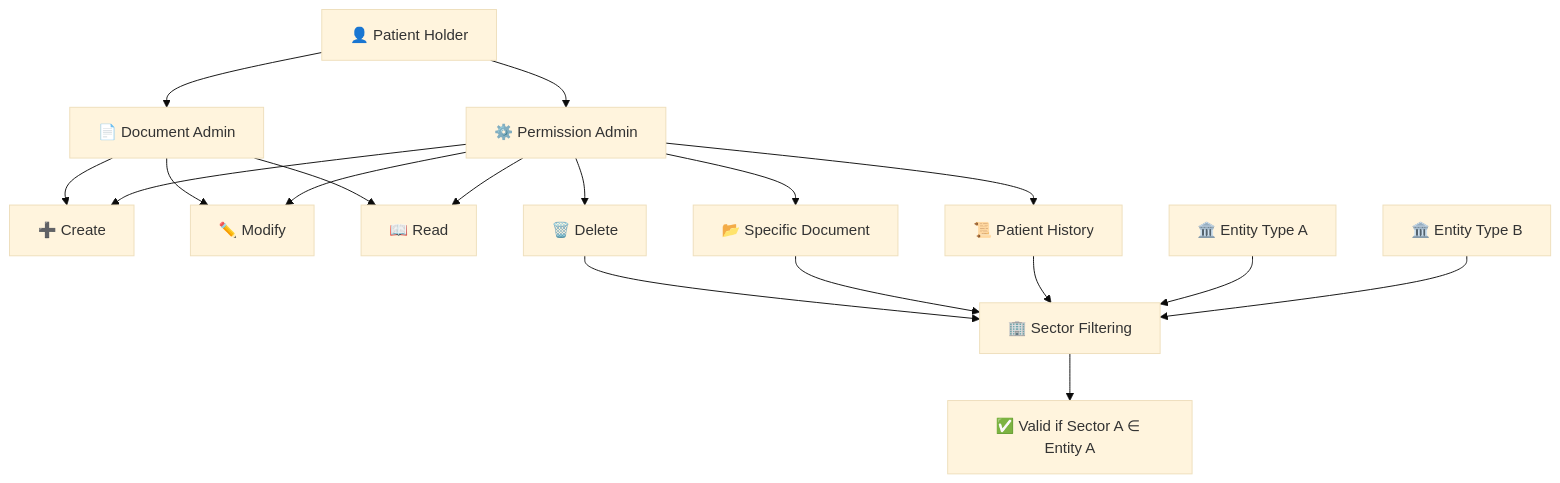
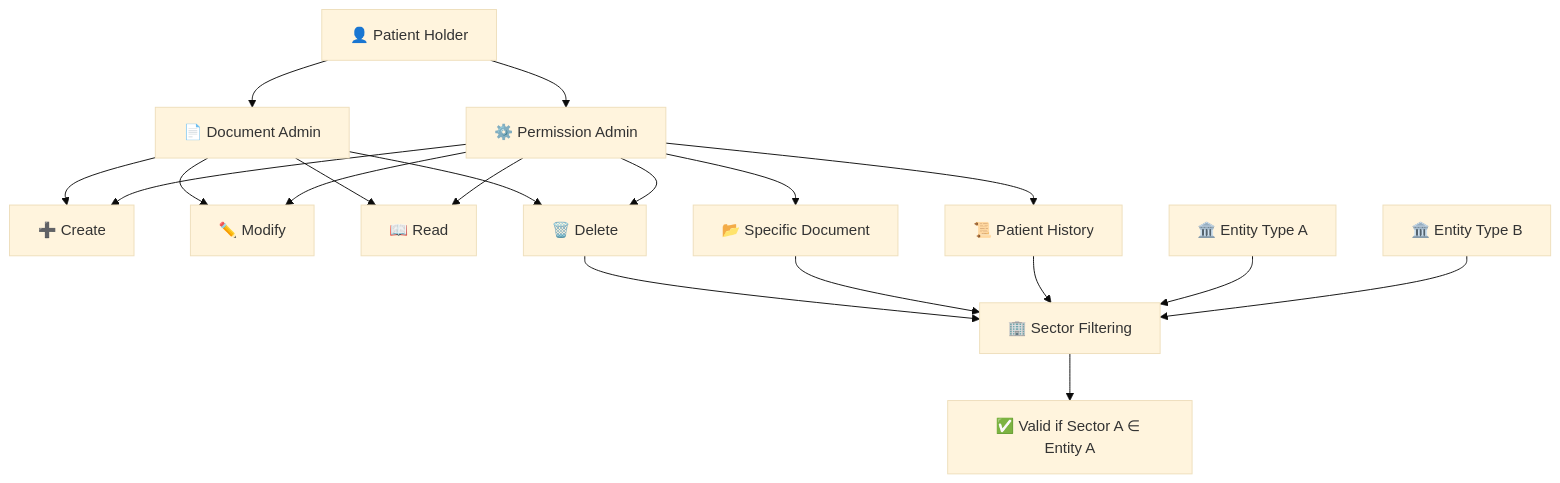
The diagram in README.md (Vctor11180/Avalanche-registro-pacientes), drawn with Mermaid (base theme) before and after one commit. The commit also changed other lines of this file, not shown here.

````diff
--- a/README.md
+++ b/README.md
@@ -77,31 +77,32 @@
 ```mermaid
 flowchart TD
     %% Level 1
     P[👤 Patient Holder] --> D[📄 Document Admin]
     P --> AP[⚙️ Permission Admin]
 
     %% Level 2 - CRUD operations on documents
     D --> C[➕ Create]
     D --> M[✏️ Modify]
     D --> R[📖 Read]
+    D --> DEL[🗑️ Delete]
 
     %% Connection from permission administration to CRUD
     AP --> C
     AP --> M
     AP --> R
 
     %% Level 3 - Permission options
     AP --> DEL[🗑️ Delete]
     AP --> SD[📂 Specific Document]
     AP --> H[📜 Patient History]
 
     %% Sector filtering
     DEL --> FS[🏢 Sector Filtering]
     SD --> FS
     H --> FS
 
     %% Level 4 - Entities
     EA[🏛️ Entity Type A] --> FS
     FS --> V[✅ Valid if Sector A ∈ Entity A]
     EB[🏛️ Entity Type B] --> FS
 ```
````
